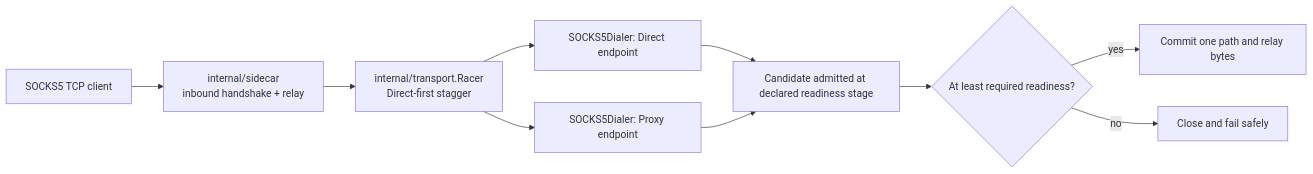
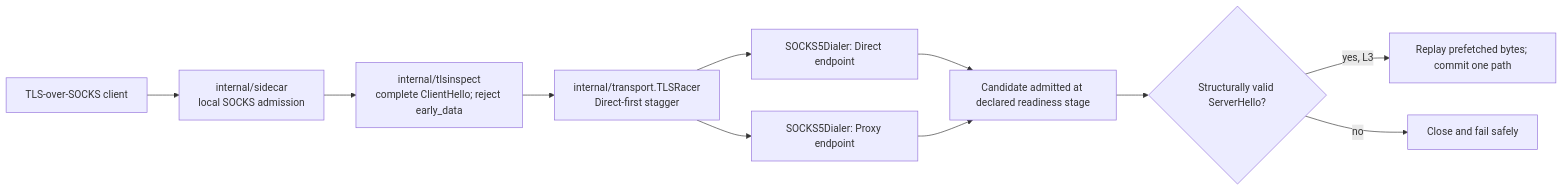
One commit to firfisa/smartroute changed the second of 4 diagrams in docs/02-technical-design.md. Above: the diagram before and after it, drawn with Mermaid. The commit also changed other lines of this file and 23 other files, not shown here.

Commit message:
feat(tls): add safe first-flight readiness racing

````diff
--- a/docs/02-technical-design.md
+++ b/docs/02-technical-design.md
@@ -99,12 +99,13 @@
 ```mermaid
 flowchart LR
-    Client["SOCKS5 TCP client"] --> Inbound["internal/sidecar\ninbound handshake + relay"]
-    Inbound --> Racer["internal/transport.Racer\nDirect-first stagger"]
+    Client["TLS-over-SOCKS client"] --> Inbound["internal/sidecar\nlocal SOCKS admission"]
+    Inbound --> Inspect["internal/tlsinspect\ncomplete ClientHello; reject early_data"]
+    Inspect --> Racer["internal/transport.TLSRacer\nDirect-first stagger"]
     Racer --> D["SOCKS5Dialer: Direct endpoint"]
     Racer --> P["SOCKS5Dialer: Proxy endpoint"]
     D --> Candidate["Candidate admitted at declared readiness stage"]
     P --> Candidate
-    Candidate --> Gate{"At least required readiness?"}
-    Gate -->|"yes"| Relay["Commit one path and relay bytes"]
+    Candidate --> Gate{"Structurally valid ServerHello?"}
+    Gate -->|"yes, L3"| Relay["Replay prefetched bytes; commit one path"]
     Gate -->|"no"| Reject["Close and fail safely"]
 ```
````
